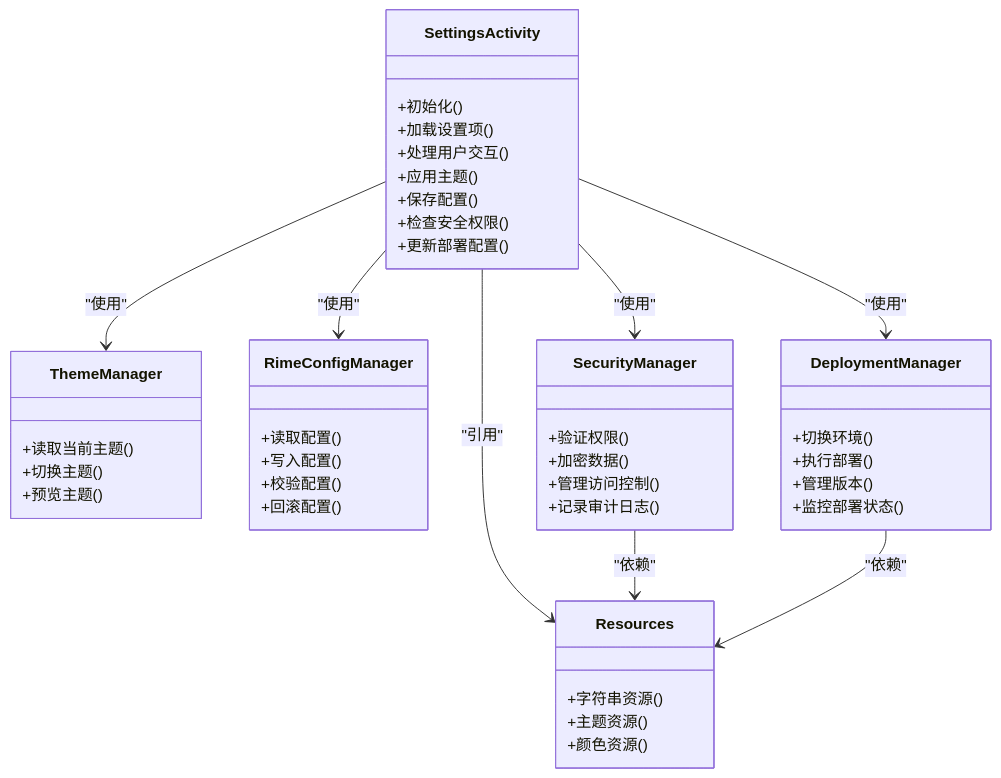
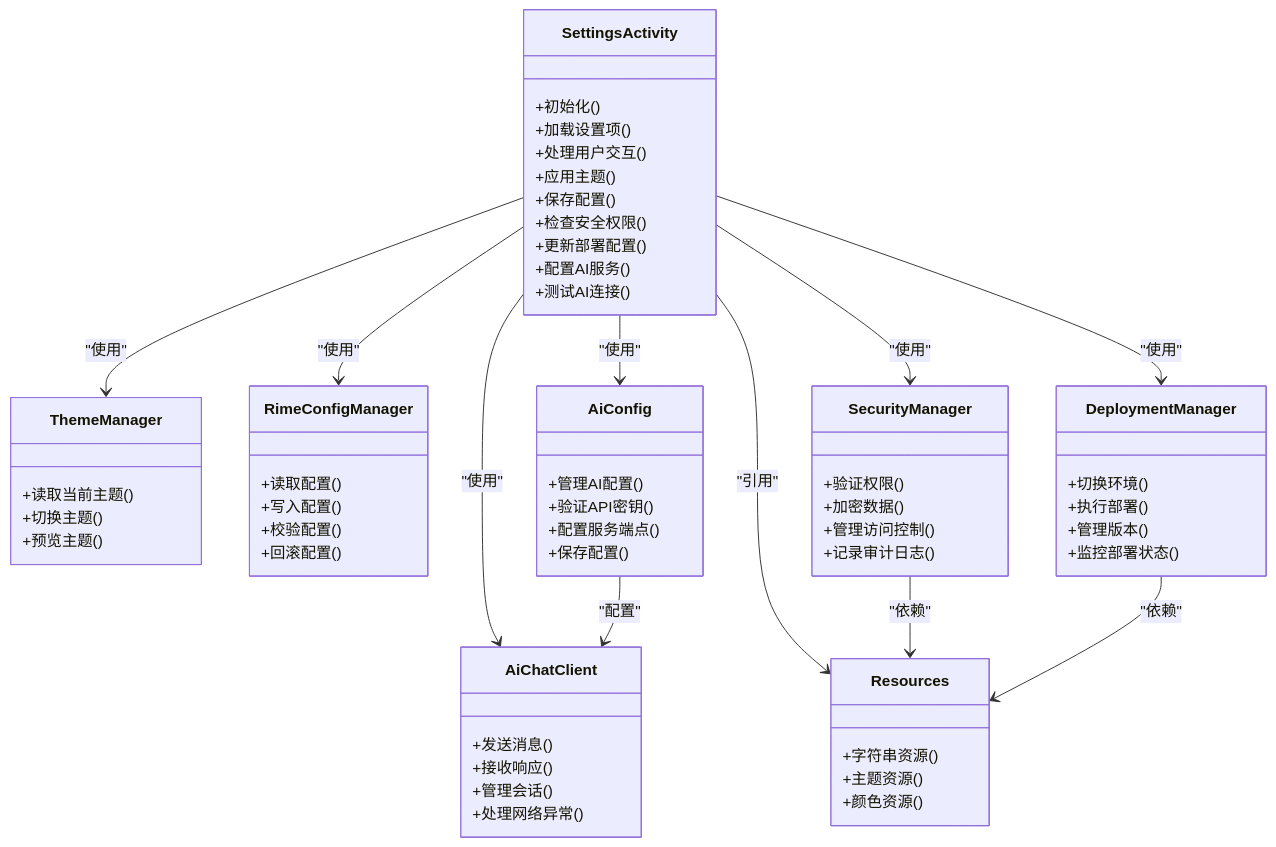
The sixth of 6 diagrams in .qoder/repowiki/zh/content/设置界面.md (qiaodashaoye/ziyou-ime), drawn with Mermaid before and after one commit. The commit also changed other lines of this file and 3 other files, not shown here.

````diff
--- a/.qoder/repowiki/zh/content/设置界面.md
+++ b/.qoder/repowiki/zh/content/设置界面.md
@@ -340,47 +468,64 @@
 ```mermaid
 classDiagram
 class SettingsActivity {
 +初始化()
 +加载设置项()
 +处理用户交互()
 +应用主题()
 +保存配置()
 +检查安全权限()
 +更新部署配置()
++配置AI服务()
++测试AI连接()
 }
 class ThemeManager {
 +读取当前主题()
 +切换主题()
 +预览主题()
 }
 class RimeConfigManager {
 +读取配置()
 +写入配置()
 +校验配置()
 +回滚配置()
+}
+class AiConfig {
++管理AI配置()
++验证API密钥()
++配置服务端点()
++保存配置()
+}
+class AiChatClient {
++发送消息()
++接收响应()
++管理会话()
++处理网络异常()
 }
 class SecurityManager {
 +验证权限()
 +加密数据()
 +管理访问控制()
 +记录审计日志()
 }
 class DeploymentManager {
 +切换环境()
 +执行部署()
 +管理版本()
 +监控部署状态()
 }
 class Resources {
 +字符串资源()
 +主题资源()
 +颜色资源()
 }
 SettingsActivity --> ThemeManager : "使用"
 SettingsActivity --> RimeConfigManager : "使用"
+SettingsActivity --> AiConfig : "使用"
+SettingsActivity --> AiChatClient : "使用"
 SettingsActivity --> SecurityManager : "使用"
 SettingsActivity --> DeploymentManager : "使用"
 SettingsActivity --> Resources : "引用"
+AiConfig --> AiChatClient : "配置"
 SecurityManager --> Resources : "依赖"
 DeploymentManager --> Resources : "依赖"
 ```
````
